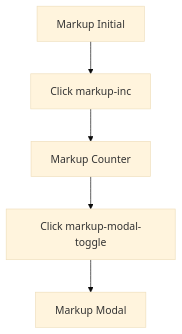
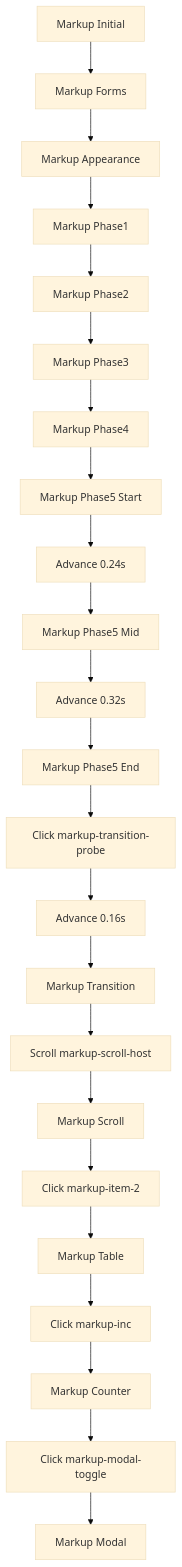
One commit to MightyBubble/Ludots changed the diagram in artifacts/acceptance/ui-showcase-markup/path.mmd. Above: the diagram before and after it, drawn with Mermaid (base theme). The commit also changed 194 other files, not shown here.

```diff
--- a/artifacts/acceptance/ui-showcase-markup/path.mmd
+++ b/artifacts/acceptance/ui-showcase-markup/path.mmd
@@ -1,5 +1,23 @@
 flowchart TD
-    A[Markup Initial] --> B[Click markup-inc]
-    B --> C[Markup Counter]
-    C --> D[Click markup-modal-toggle]
-    D --> E[Markup Modal]
+    A[Markup Initial] --> B[Markup Forms]
+    B --> C[Markup Appearance]
+    C --> D[Markup Phase1]
+    D --> E[Markup Phase2]
+    E --> F[Markup Phase3]
+    F --> G[Markup Phase4]
+    G --> H[Markup Phase5 Start]
+    H --> I[Advance 0.24s]
+    I --> J[Markup Phase5 Mid]
+    J --> K[Advance 0.32s]
+    K --> L[Markup Phase5 End]
+    L --> M[Click markup-transition-probe]
+    M --> N[Advance 0.16s]
+    N --> O[Markup Transition]
+    O --> P[Scroll markup-scroll-host]
+    P --> Q[Markup Scroll]
+    Q --> R[Click markup-item-2]
+    R --> S[Markup Table]
+    S --> T[Click markup-inc]
+    T --> U[Markup Counter]
+    U --> V[Click markup-modal-toggle]
+    V --> W[Markup Modal]
```
